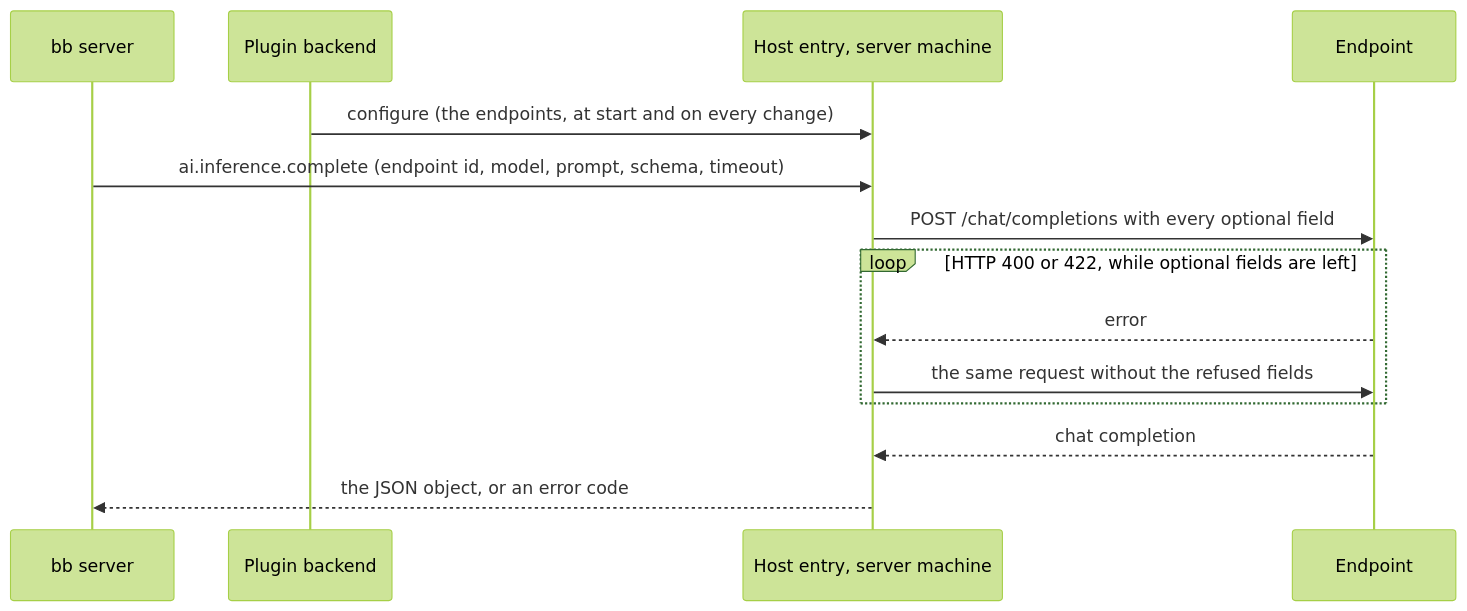
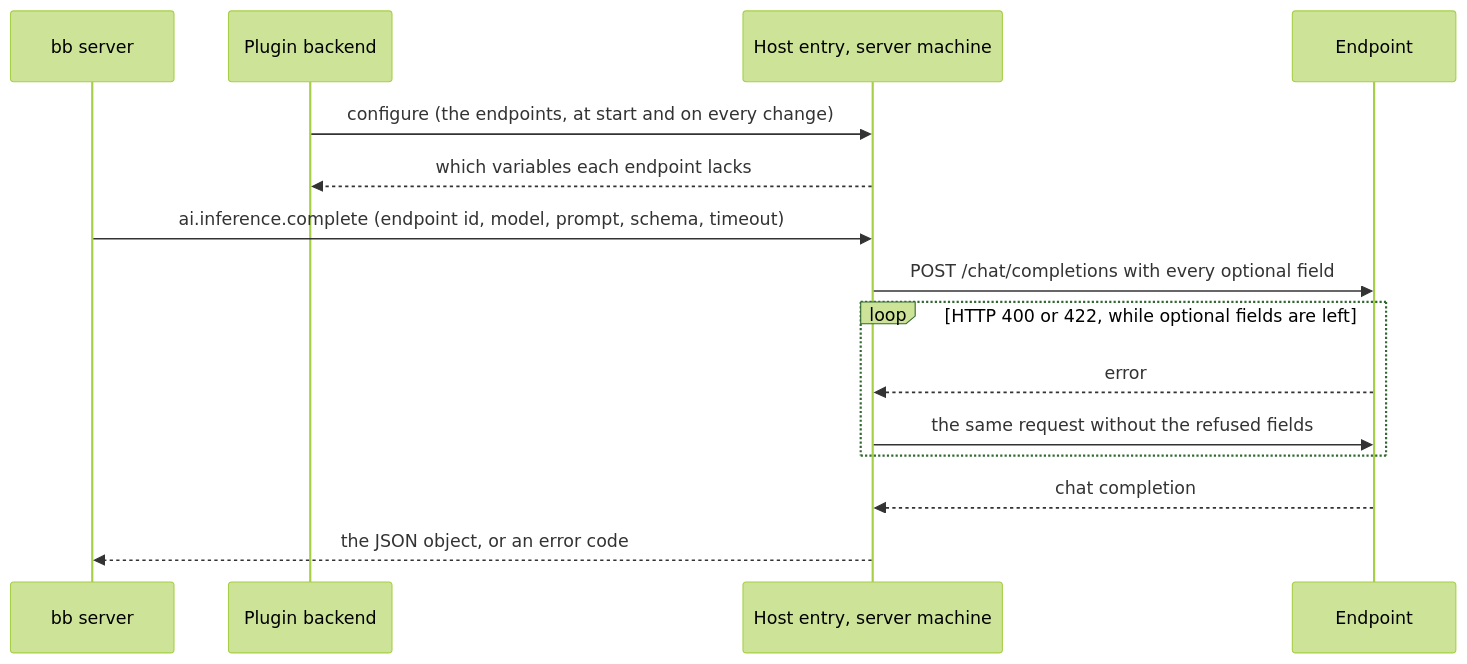
One commit to gperezmz/bb-plugins changed the diagram in docs/explanation/openai-inference-requests.md. Above: the diagram before and after it, drawn with Mermaid (forest theme). The commit also changed other lines of this file and 4 other files, not shown here.

````diff
--- a/docs/explanation/openai-inference-requests.md
+++ b/docs/explanation/openai-inference-requests.md
@@ -5,16 +5,17 @@
 ```mermaid
 sequenceDiagram
   participant core as bb server
   participant backend as Plugin backend
   participant host as Host entry, server machine
   participant api as Endpoint
   backend->>host: configure (the endpoints, at start and on every change)
+  host-->>backend: which variables each endpoint lacks
   core->>host: ai.inference.complete (endpoint id, model, prompt, schema, timeout)
   host->>api: POST /chat/completions with every optional field
   loop HTTP 400 or 422, while optional fields are left
     api-->>host: error
     host->>api: the same request without the refused fields
   end
   api-->>host: chat completion
   host-->>core: the JSON object, or an error code
 ```
````
